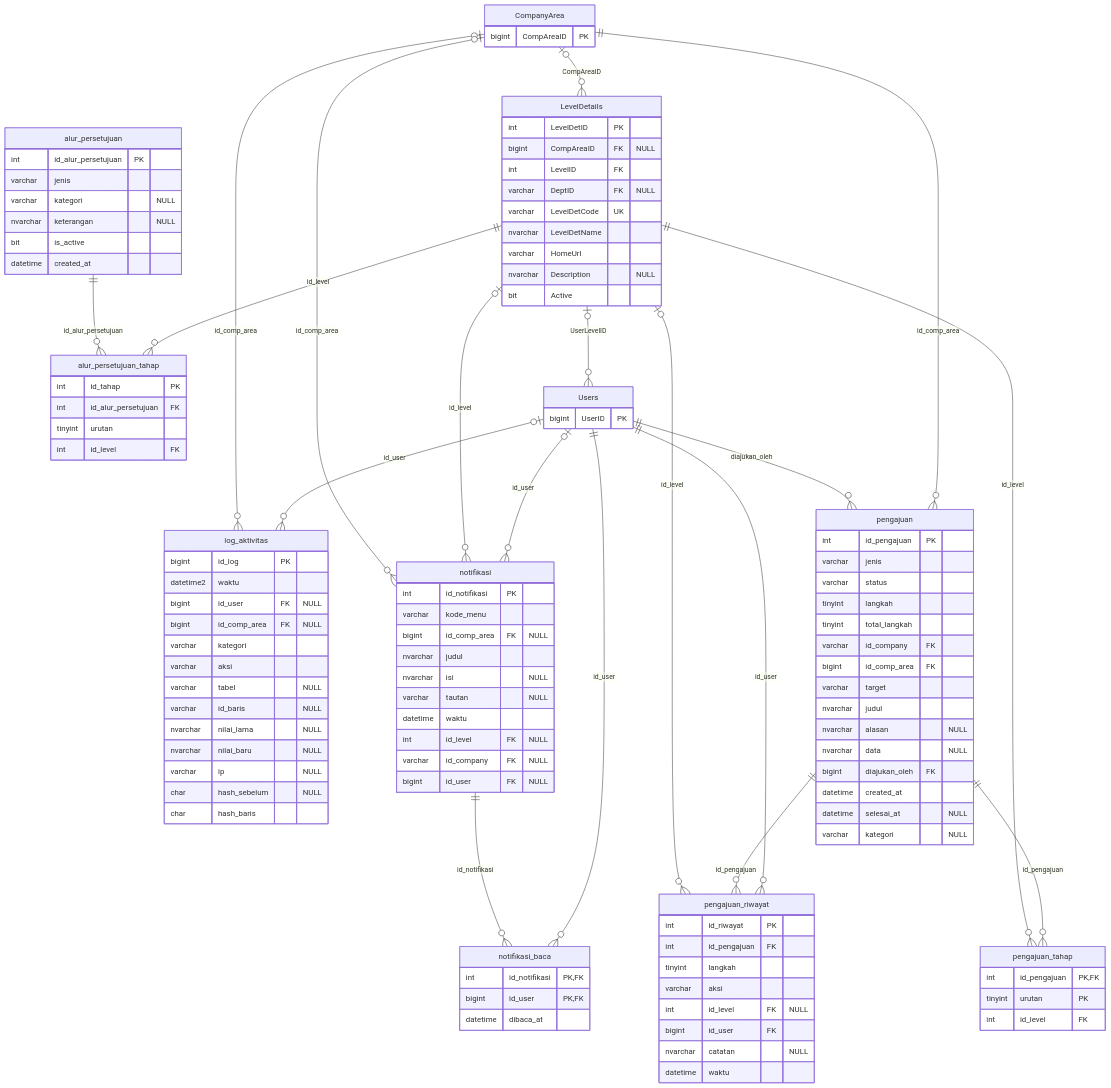
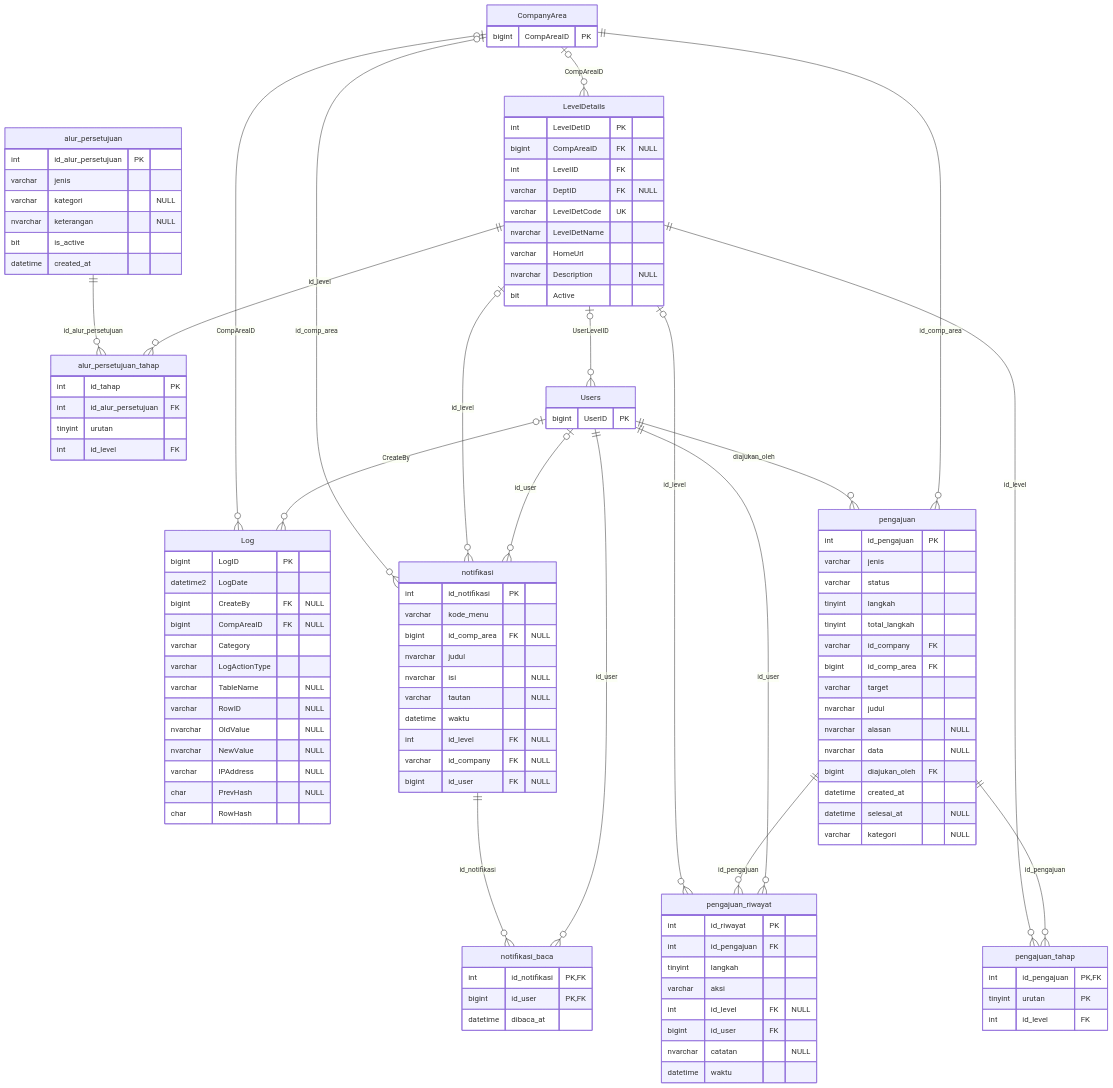
One commit to aetheriin/timbangan_sawit_v2 changed the diagram in docs/erd/05_log_persetujuan.mmd. Above: the diagram before and after it, drawn with Mermaid. The commit also changed 33 other files, not shown here.

First line of the commit message:
ERD Ladder Desk tahap 4: tiket & timbang (WeightBridge, Weighing, Grading, LabResult, Log)

```diff
--- a/docs/erd/05_log_persetujuan.mmd
+++ b/docs/erd/05_log_persetujuan.mmd
@@ -1,114 +1,114 @@
 erDiagram
-    log_aktivitas {
-        bigint id_log PK
-        datetime2 waktu
-        bigint id_user FK "NULL"
-        bigint id_comp_area FK "NULL"
-        varchar kategori
-        varchar aksi
-        varchar tabel "NULL"
-        varchar id_baris "NULL"
-        nvarchar nilai_lama "NULL"
-        nvarchar nilai_baru "NULL"
-        varchar ip "NULL"
-        char hash_sebelum "NULL"
-        char hash_baris
+    Log {
+        bigint LogID PK
+        datetime2 LogDate
+        bigint CreateBy FK "NULL"
+        bigint CompAreaID FK "NULL"
+        varchar Category
+        varchar LogActionType
+        varchar TableName "NULL"
+        varchar RowID "NULL"
+        nvarchar OldValue "NULL"
+        nvarchar NewValue "NULL"
+        varchar IPAddress "NULL"
+        char PrevHash "NULL"
+        char RowHash
     }
     pengajuan {
         int id_pengajuan PK
         varchar jenis
         varchar status
         tinyint langkah
         tinyint total_langkah
         varchar id_company FK
         bigint id_comp_area FK
         varchar target
         nvarchar judul
         nvarchar alasan "NULL"
         nvarchar data "NULL"
         bigint diajukan_oleh FK
         datetime created_at
         datetime selesai_at "NULL"
         varchar kategori "NULL"
     }
     pengajuan_riwayat {
         int id_riwayat PK
         int id_pengajuan FK
         tinyint langkah
         varchar aksi
         int id_level FK "NULL"
         bigint id_user FK
         nvarchar catatan "NULL"
         datetime waktu
     }
     pengajuan_tahap {
         int id_pengajuan PK,FK
         tinyint urutan PK
         int id_level FK
     }
     alur_persetujuan {
         int id_alur_persetujuan PK
         varchar jenis
         varchar kategori "NULL"
         nvarchar keterangan "NULL"
         bit is_active
         datetime created_at
     }
     alur_persetujuan_tahap {
         int id_tahap PK
         int id_alur_persetujuan FK
         tinyint urutan
         int id_level FK
     }
     LevelDetails {
         int LevelDetID PK
         bigint CompAreaID FK "NULL"
         int LevelID FK
         varchar DeptID FK "NULL"
         varchar LevelDetCode UK
         nvarchar LevelDetName
         varchar HomeUrl
         nvarchar Description "NULL"
         bit Active
     }
     notifikasi {
         int id_notifikasi PK
         varchar kode_menu
         bigint id_comp_area FK "NULL"
         nvarchar judul
         nvarchar isi "NULL"
         varchar tautan "NULL"
         datetime waktu
         int id_level FK "NULL"
         varchar id_company FK "NULL"
         bigint id_user FK "NULL"
     }
     notifikasi_baca {
         int id_notifikasi PK,FK
         bigint id_user PK,FK
         datetime dibaca_at
     }
     Users {
         bigint UserID PK
     }
     CompanyArea {
         bigint CompAreaID PK
     }
     alur_persetujuan ||--o{ alur_persetujuan_tahap : "id_alur_persetujuan"
     LevelDetails ||--o{ alur_persetujuan_tahap : "id_level"
     CompanyArea |o--o{ LevelDetails : "CompAreaID"
-    CompanyArea |o--o{ log_aktivitas : "id_comp_area"
-    Users |o--o{ log_aktivitas : "id_user"
+    CompanyArea |o--o{ Log : "CompAreaID"
+    Users |o--o{ Log : "CreateBy"
     CompanyArea |o--o{ notifikasi : "id_comp_area"
     LevelDetails |o--o{ notifikasi : "id_level"
     Users |o--o{ notifikasi : "id_user"
     notifikasi ||--o{ notifikasi_baca : "id_notifikasi"
     Users ||--o{ notifikasi_baca : "id_user"
     Users ||--o{ pengajuan : "diajukan_oleh"
     CompanyArea ||--o{ pengajuan : "id_comp_area"
     LevelDetails |o--o{ pengajuan_riwayat : "id_level"
     pengajuan ||--o{ pengajuan_riwayat : "id_pengajuan"
     Users ||--o{ pengajuan_riwayat : "id_user"
     LevelDetails ||--o{ pengajuan_tahap : "id_level"
     pengajuan ||--o{ pengajuan_tahap : "id_pengajuan"
     LevelDetails |o--o{ Users : "UserLevelID"
```
